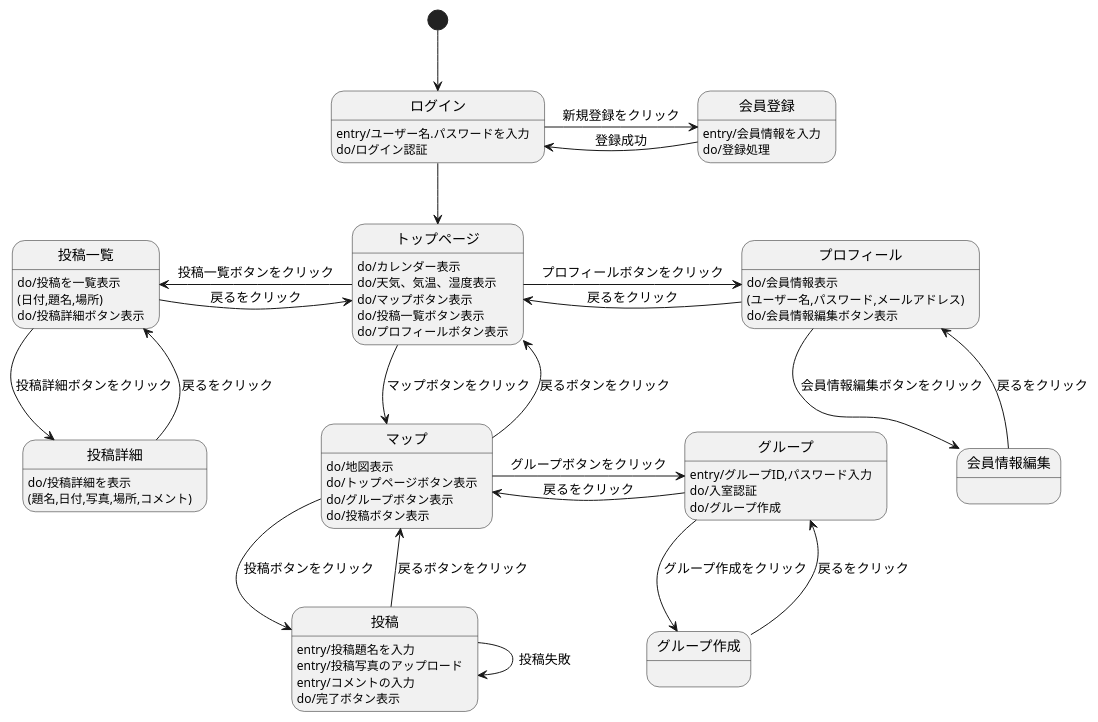
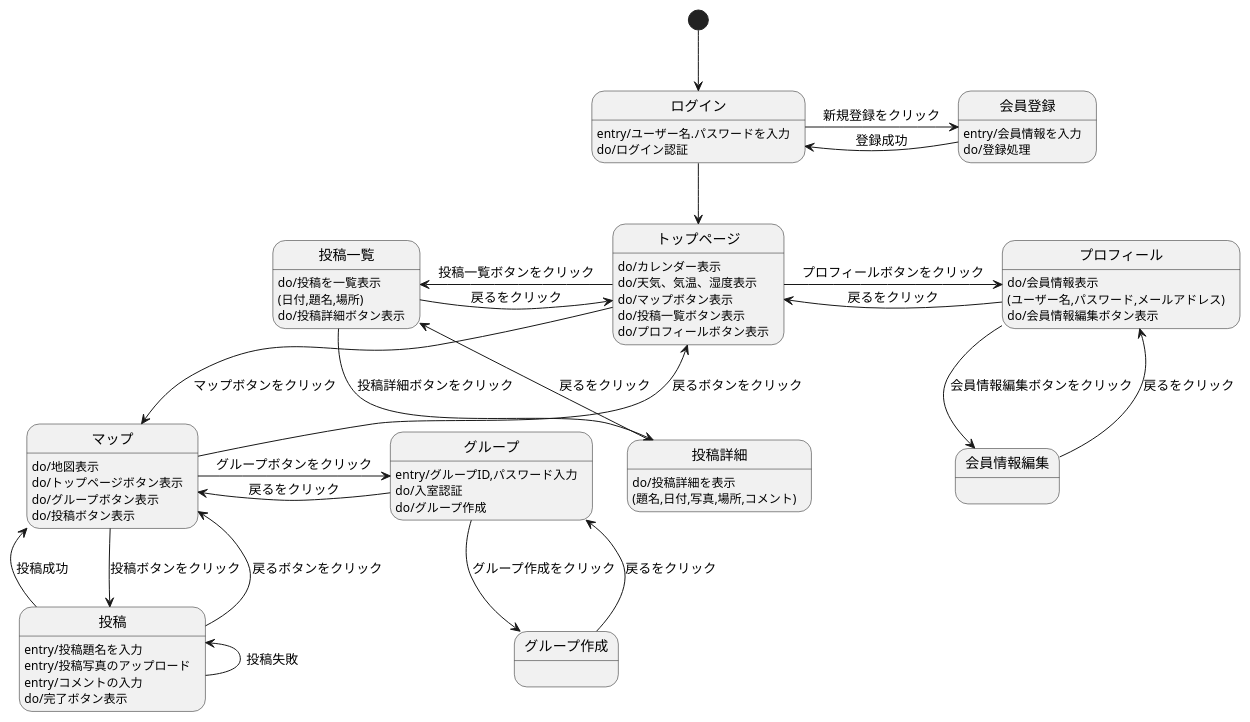
The diagram in 03_画面遷移図/画面遷移図.md (Aso2001031/System4_ver2.0), drawn with PlantUML before and after one commit.

````diff
--- a/03_画面遷移図/画面遷移図.md
+++ b/03_画面遷移図/画面遷移図.md
@@ -1,68 +1,70 @@
 ```uml
 @startuml
 
 [*] -down-> ログイン
 
 ログイン -down-> トップページ
 ログイン : entry/ユーザー名.パスワードを入力 
 ログイン : do/ログイン認証 
 ログイン -> 会員登録 : 新規登録をクリック
 
 会員登録 -> ログイン : 登録成功
 会員登録 : entry/会員情報を入力 
 会員登録 : do/登録処理
 
 トップページ : do/カレンダー表示
 トップページ : do/天気、気温、湿度表示
 トップページ : do/マップボタン表示
 トップページ : do/投稿一覧ボタン表示
 トップページ : do/プロフィールボタン表示
 トップページ -down-> マップ : マップボタンをクリック
 トップページ -left-> 投稿一覧 : 投稿一覧ボタンをクリック
 トップページ -right-> プロフィール :プロフィールボタンをクリック
 
 マップ -up-> トップページ : 戻るボタンをクリック
 マップ : do/地図表示
 マップ : do/トップページボタン表示
 マップ : do/グループボタン表示
 マップ : do/投稿ボタン表示
 マップ -down-> 投稿 : 投稿ボタンをクリック
 マップ -right-> グループ : グループボタンをクリック
 
 投稿一覧 -right-> トップページ : 戻るをクリック
 投稿一覧 : do/投稿を一覧表示
 投稿一覧 : (日付,題名,場所)
 投稿一覧 : do/投稿詳細ボタン表示
 投稿一覧 -down-> 投稿詳細 : 投稿詳細ボタンをクリック
 
 プロフィール -left-> トップページ : 戻るをクリック
 プロフィール : do/会員情報表示
 プロフィール : (ユーザー名,パスワード,メールアドレス)
 プロフィール : do/会員情報編集ボタン表示
 プロフィール -down-> 会員情報編集 : 会員情報編集ボタンをクリック
 
 投稿 -up-> マップ : 戻るボタンをクリック
 投稿 : entry/投稿題名を入力
 投稿 : entry/投稿写真のアップロード
 投稿 : entry/コメントの入力
 投稿 : do/完了ボタン表示
-投稿 -down-> 投稿 : 投稿失敗
+投稿 -left-> マップ : 投稿成功
+投稿 -left-> 投稿 : 投稿失敗
+
 
 グループ -left-> マップ : 戻るをクリック 
 グループ : entry/グループID,パスワード入力
 グループ : do/入室認証
 グループ : do/グループ作成
 グループ --> グループ作成 : グループ作成をクリック
 
 投稿詳細 -up-> 投稿一覧 : 戻るをクリック
 投稿詳細 : do/投稿詳細を表示
 投稿詳細 : (題名,日付,写真,場所,コメント)
 
 会員情報編集 -up-> プロフィール : 戻るをクリック
 会員情報編集 : 
 
 グループ作成 --> グループ : 戻るをクリック
 グループ作成 : 
 
 @enduml
 ```
````
